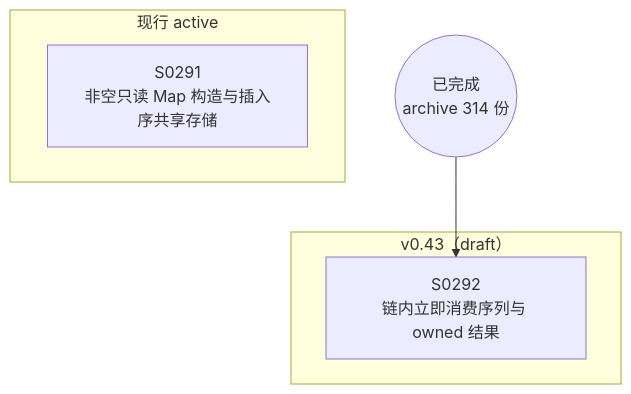
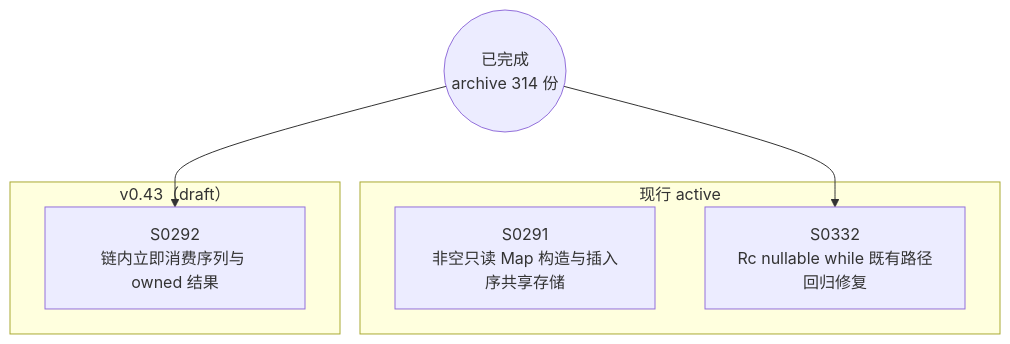
One commit to Halckon/Koven changed the diagram in docs/specs/dependency-graph.md. Above: the diagram before and after it, drawn with Mermaid. The commit also changed other lines of this file and 7 other files, not shown here.

Commit message:
docs(spec0332): scope Rc nullable while regression recovery

````diff
--- a/docs/specs/dependency-graph.md
+++ b/docs/specs/dependency-graph.md
@@ -9,11 +9,13 @@
 ```mermaid
 flowchart TD
 ARCH(("已完成<br/>archive 314 份"))
 subgraph Gactive["现行 active"]
   S0291["S0291<br/>非空只读 Map 构造与插入序共享存储"]
+  S0332["S0332<br/>Rc nullable while 既有路径回归修复"]
 end
 subgraph Gdrafts_v043["v0.43（draft）"]
   S0292["S0292<br/>链内立即消费序列与 owned 结果"]
 end
 ARCH --> S0292
+ARCH --> S0332
 ```
````
